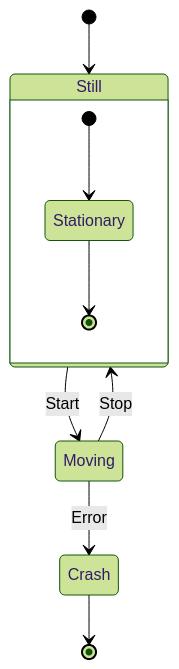
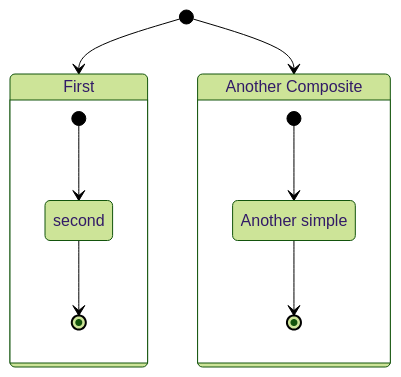
Before and after one commit to teachingai/full-stack-skills: the seventh of 19 diagrams in skills/mermaid/examples/state.md, drawn with Mermaid (forest theme). The commit also changed other lines of this file and 21 other files, not shown here.

First line of the commit message:
docs(mermaid): 更新架构、块、C4和类图示例文档

````diff
--- a/skills/mermaid/examples/state.md
+++ b/skills/mermaid/examples/state.md
@@ -38,13 +88,16 @@
 ```mermaid
 stateDiagram-v2
-    [*] --> Still
-    Still --> Moving : Start
-    Moving --> Still : Stop
-    Moving --> Crash : Error
-    Crash --> [*]
+    [*] --> First
+    state First {
+        [*] --> second
+        second --> [*]
+    }
 
-    state Still {
-        [*] --> Stationary
-        Stationary --> [*]
+    [*] --> NamedComposite
+    NamedComposite: Another Composite
+    state NamedComposite {
+        [*] --> namedSimple
+        namedSimple --> [*]
+        namedSimple: Another simple
     }
 ```
````
